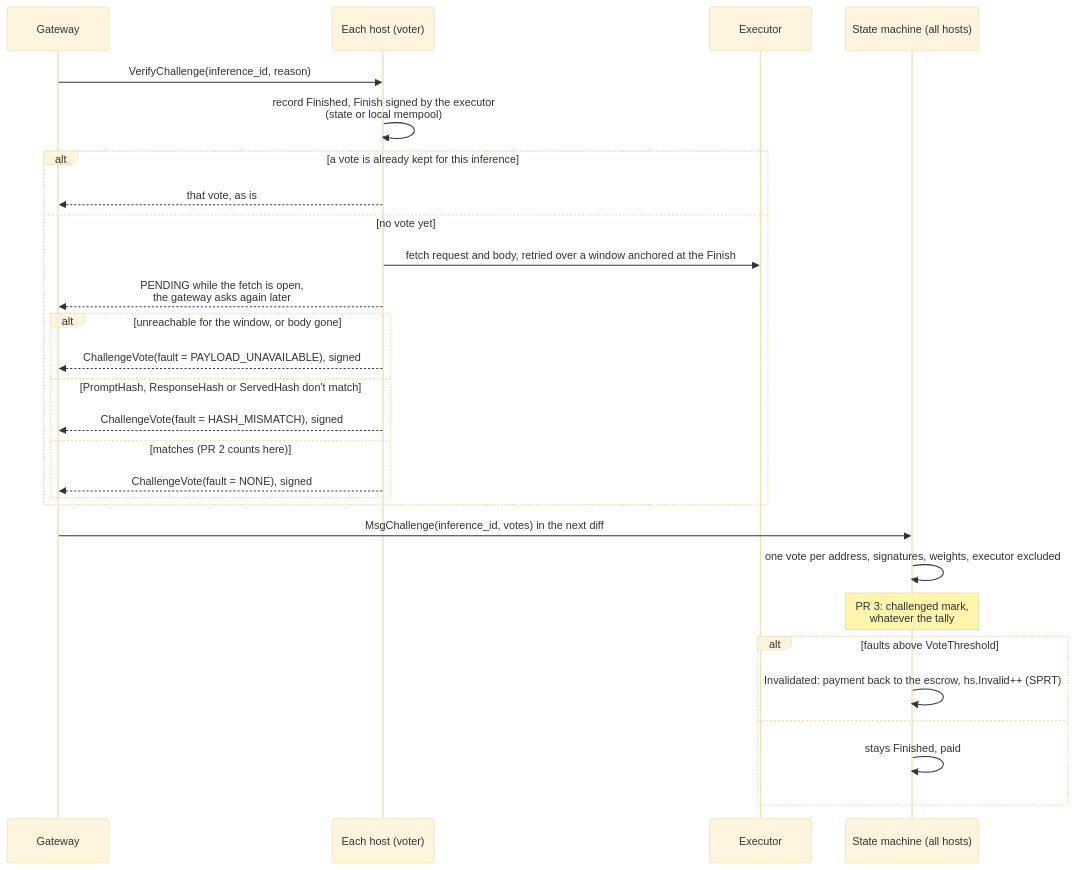
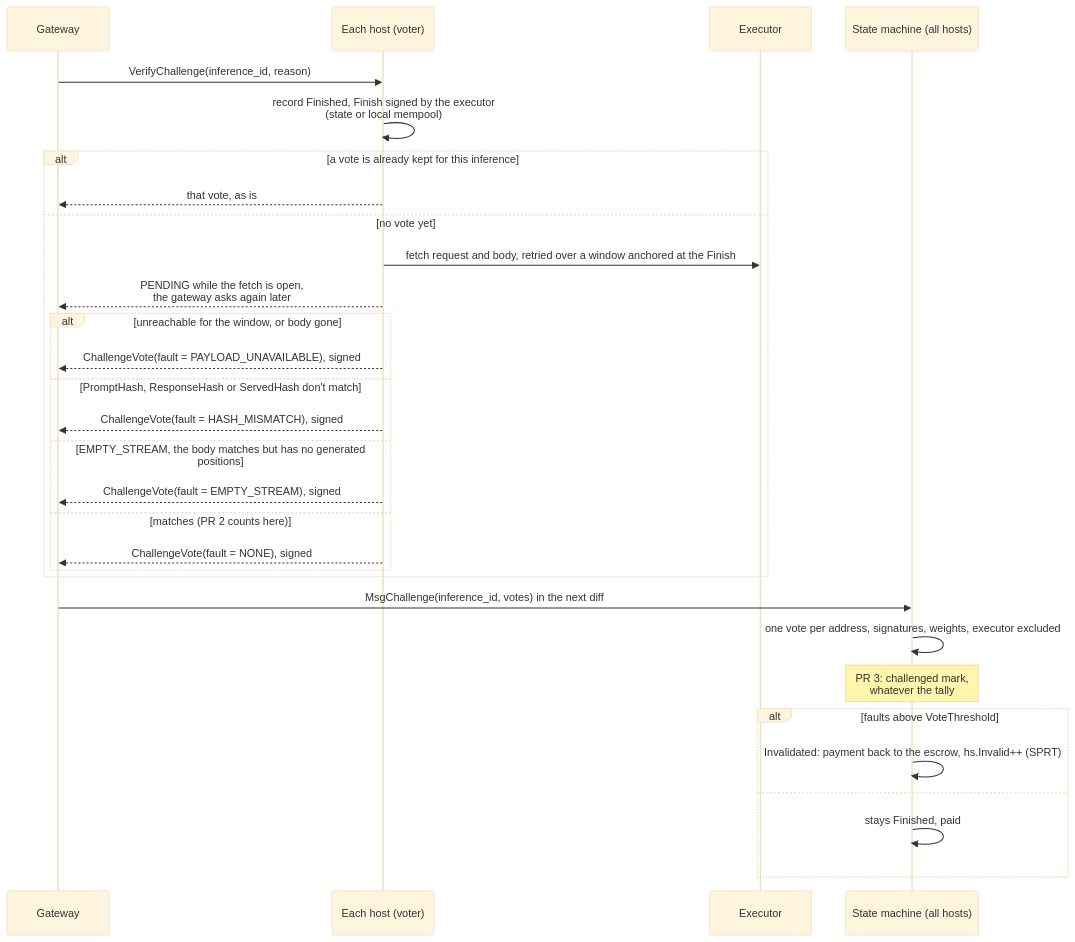
The third of 4 diagrams in docs/community/issues/02000-devshard-executor-reported-output-tokens-set-the-payment-and.md (Daniil-Zotov/gonkadocs), drawn with Mermaid (base theme) before and after one commit. The commit also changed other lines of this file and 433 other files, not shown here.

````diff
--- a/docs/community/issues/02000-devshard-executor-reported-output-tokens-set-the-payment-and.md
+++ b/docs/community/issues/02000-devshard-executor-reported-output-tokens-set-the-payment-and.md
@@ -129,30 +131,32 @@
 ```mermaid
 sequenceDiagram
     participant G as Gateway
     participant H as Each host (voter)
     participant E as Executor
     participant S as State machine (all hosts)
     G->>H: VerifyChallenge(inference_id, reason)
     H->>H: record Finished, Finish signed by the executor<br/>(state or local mempool)
     alt a vote is already kept for this inference
         H-->>G: that vote, as is
     else no vote yet
         H->>E: fetch request and body, retried over a window anchored at the Finish
         H-->>G: PENDING while the fetch is open,<br/>the gateway asks again later
         alt unreachable for the window, or body gone
             H-->>G: ChallengeVote(fault = PAYLOAD_UNAVAILABLE), signed
         else PromptHash, ResponseHash or ServedHash don't match
             H-->>G: ChallengeVote(fault = HASH_MISMATCH), signed
+        else EMPTY_STREAM, the body matches but has no generated positions
+            H-->>G: ChallengeVote(fault = EMPTY_STREAM), signed
         else matches (PR 2 counts here)
             H-->>G: ChallengeVote(fault = NONE), signed
         end
     end
     G->>S: MsgChallenge(inference_id, votes) in the next diff
     S->>S: one vote per address, signatures, weights, executor excluded
     Note over S: PR 3: challenged mark,<br/>whatever the tally
     alt faults above VoteThreshold
         S->>S: Invalidated: payment back to the escrow, hs.Invalid++ (SPRT)
     else
         S->>S: stays Finished, paid
     end
 ```
````
